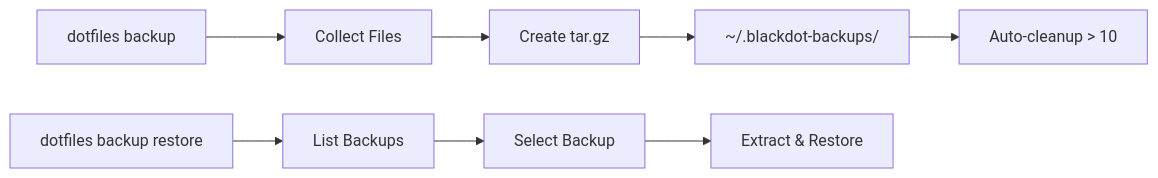
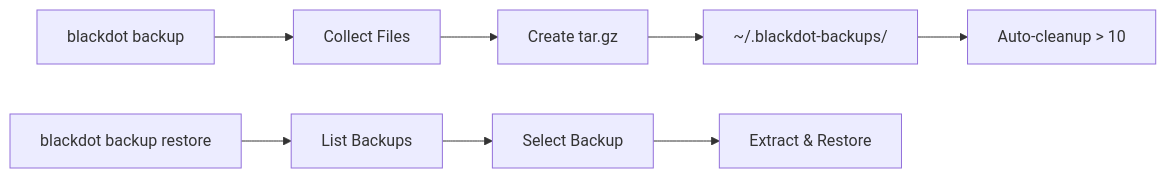
Before and after one commit to blackwell-systems/blackdot: the ninth of 10 diagrams in docs/architecture.md, drawn with Mermaid. The commit also changed other lines of this file and 13 other files, not shown here.

First line of the commit message:
docs: Fix dotfiles → blackdot command references throughout

````diff
--- a/docs/architecture.md
+++ b/docs/architecture.md
@@ -663,11 +663,11 @@
 ```mermaid
 flowchart LR
-    A[dotfiles backup] --> B[Collect Files]
+    A[blackdot backup] --> B[Collect Files]
     B --> C[Create tar.gz]
     C --> D[~/.blackdot-backups/]
     D --> E[Auto-cleanup > 10]
 
-    F[dotfiles backup restore] --> G[List Backups]
+    F[blackdot backup restore] --> G[List Backups]
     G --> H[Select Backup]
     H --> I[Extract & Restore]
 ```
````
